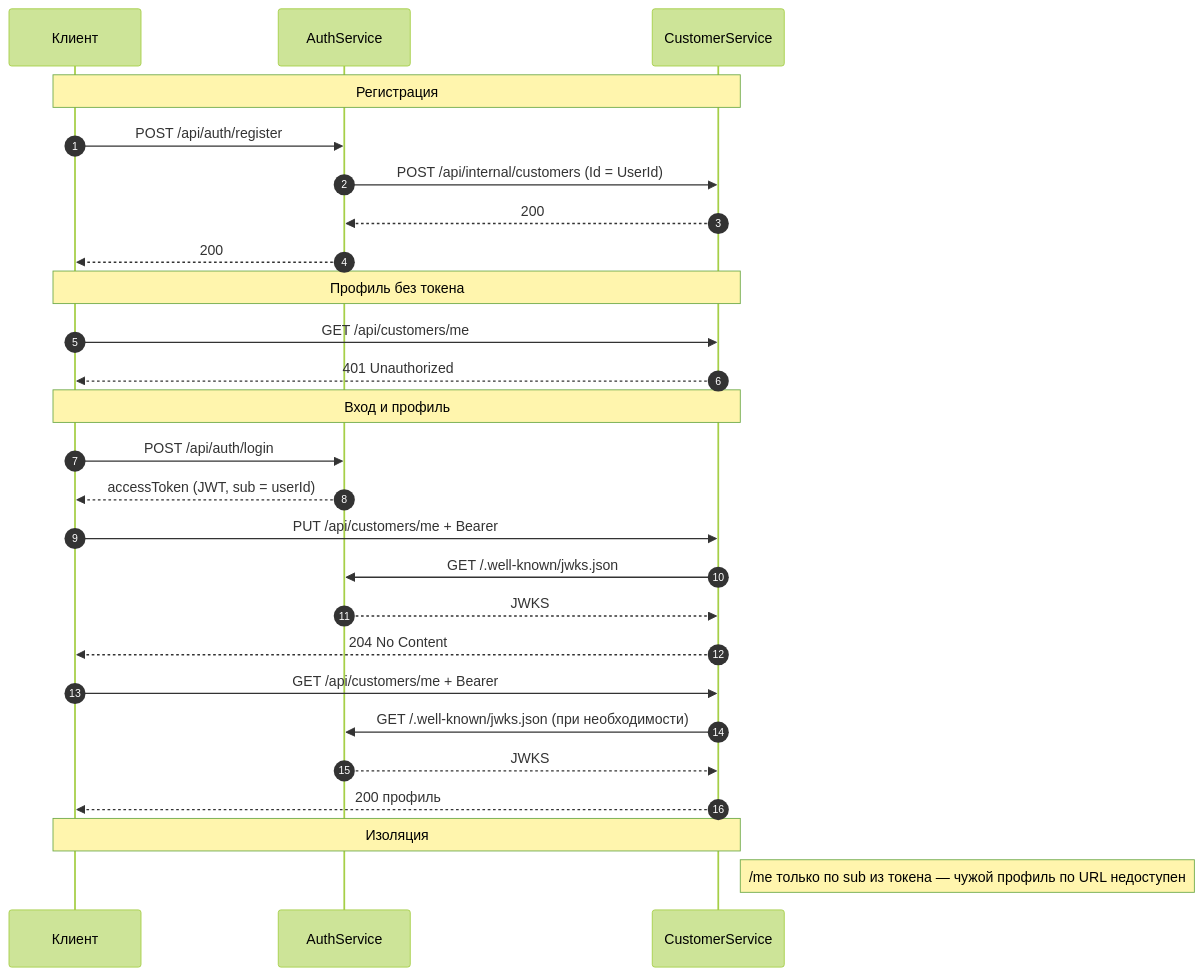
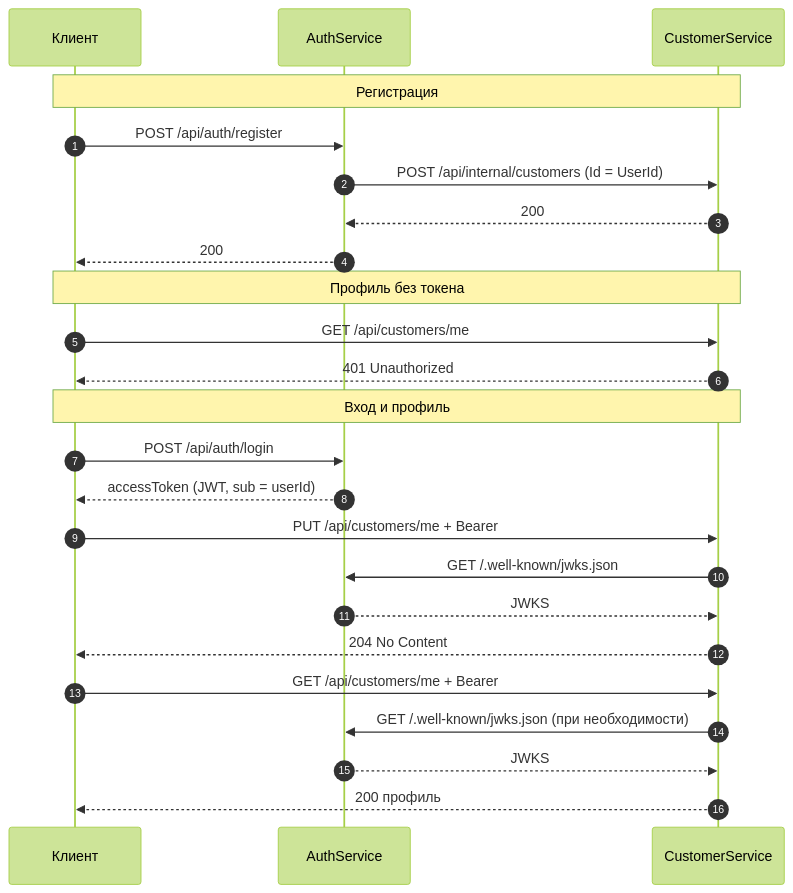
The diagram in ДЗ 6/README.md (1Mapa1/otus), drawn with Mermaid (forest theme) before and after one commit. The commit also changed 1 other file, not shown here.

````diff
--- a/ДЗ 6/README.md
+++ b/ДЗ 6/README.md
@@ -17,34 +17,31 @@
 ```mermaid
 sequenceDiagram
     autonumber
     participant C as Клиент
     participant A as AuthService
     participant S as CustomerService
 
     Note over C,S: Регистрация
     C->>A: POST /api/auth/register
     A->>S: POST /api/internal/customers (Id = UserId)
     S-->>A: 200
     A-->>C: 200
 
     Note over C,S: Профиль без токена
     C->>S: GET /api/customers/me
     S-->>C: 401 Unauthorized
 
     Note over C,S: Вход и профиль
     C->>A: POST /api/auth/login
     A-->>C: accessToken (JWT, sub = userId)
 
     C->>S: PUT /api/customers/me + Bearer
     S->>A: GET /.well-known/jwks.json
     A-->>S: JWKS
     S-->>C: 204 No Content
 
     C->>S: GET /api/customers/me + Bearer
     S->>A: GET /.well-known/jwks.json (при необходимости)
     A-->>S: JWKS
     S-->>C: 200 профиль
-
-    Note over C,S: Изоляция
-    Note right of S: /me только по sub из токена — чужой профиль по URL недоступен
 ```
````
